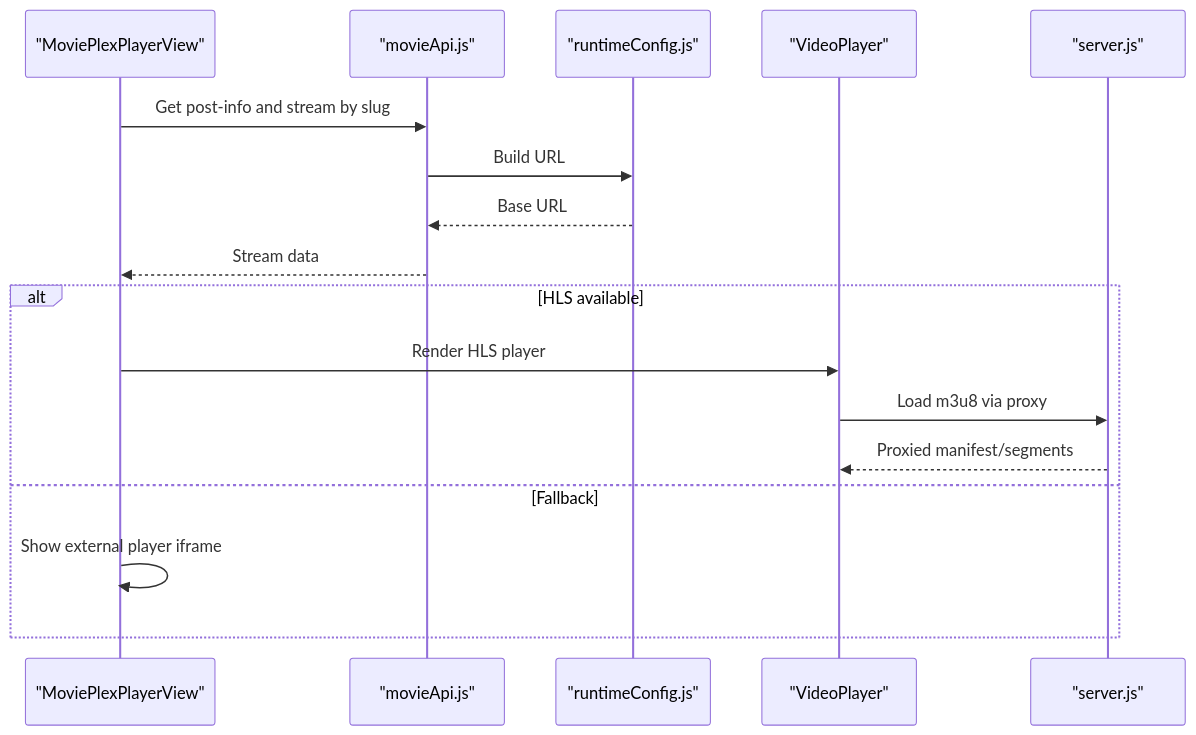
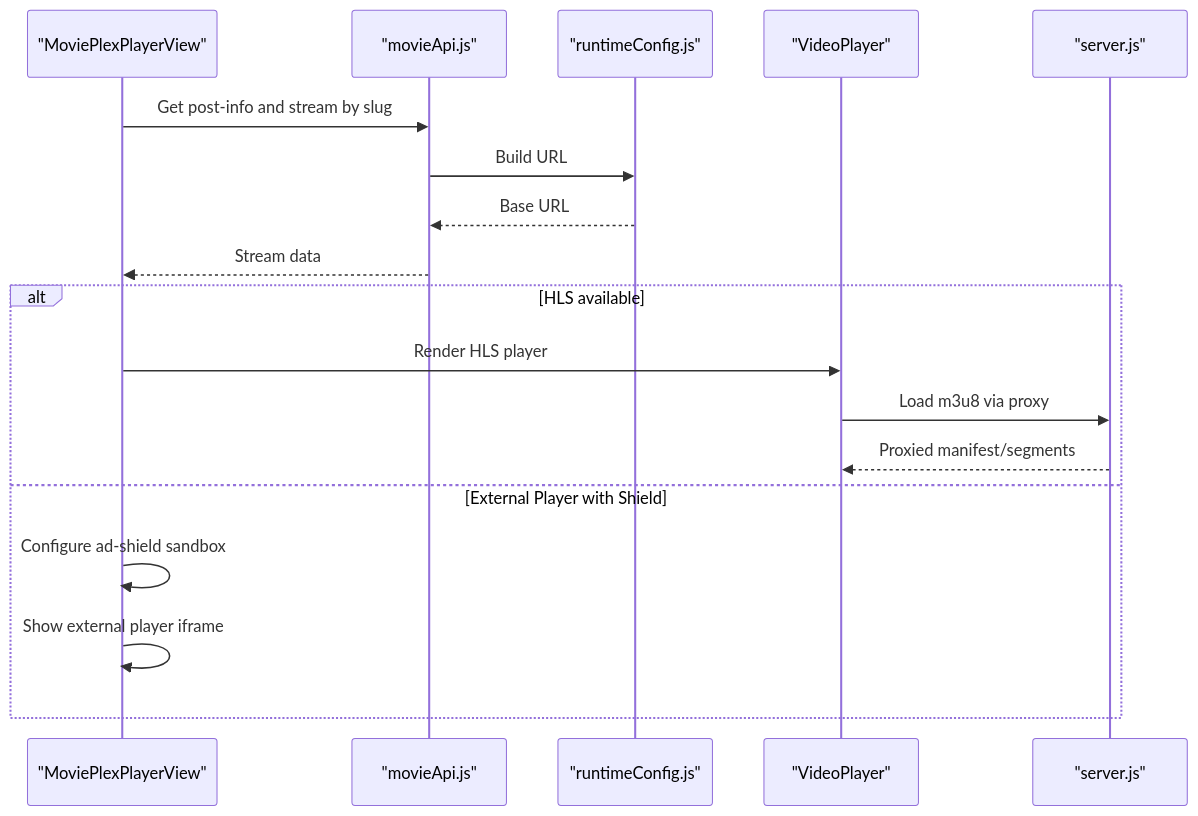
One commit to techniciansupremus-lab/Project-Anime changed the fourth of 9 diagrams in .qoder/repowiki/en/content/Content Management/Movie Collection/Movie Watch View.md. Above: the diagram before and after it, drawn with Mermaid. The commit also changed other lines of this file and 101 other files, not shown here.

````diff
--- a/.qoder/repowiki/en/content/Content Management/Movie Collection/Movie Watch View.md
+++ b/.qoder/repowiki/en/content/Content Management/Movie Collection/Movie Watch View.md
@@ -163,19 +183,20 @@
 ```mermaid
 sequenceDiagram
 participant MPV as "MoviePlexPlayerView"
 participant API as "movieApi.js"
 participant RC as "runtimeConfig.js"
 participant VP as "VideoPlayer"
 participant S as "server.js"
 MPV->>API : Get post-info and stream by slug
 API->>RC : Build URL
 RC-->>API : Base URL
 API-->>MPV : Stream data
 alt HLS available
 MPV->>VP : Render HLS player
 VP->>S : Load m3u8 via proxy
 S-->>VP : Proxied manifest/segments
-else Fallback
+else External Player with Shield
+MPV->>MPV : Configure ad-shield sandbox
 MPV->>MPV : Show external player iframe
 end
 ```
````
